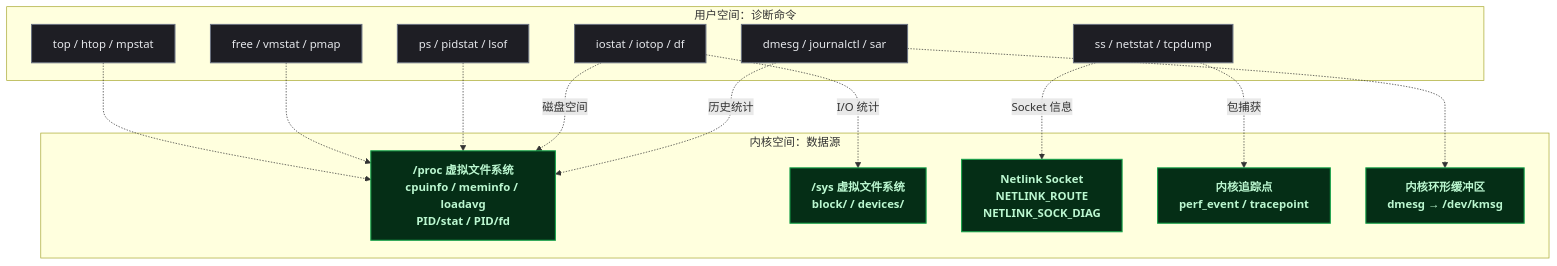
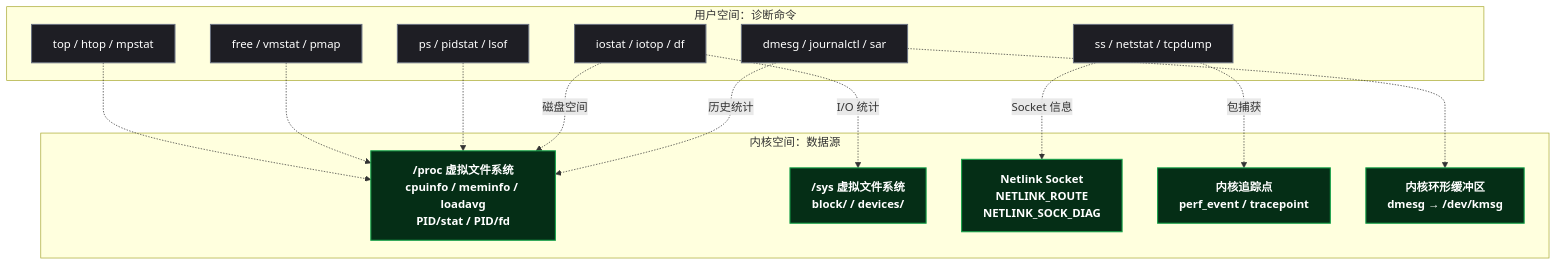
One commit to yaocat55/yaocat55.github.io changed the fourth of 4 diagrams in content/posts/linux/LinuxCommands100.md. Above: the diagram before and after it, drawn with Mermaid. The commit also changed other lines of this file and 27 other files, not shown here.

Commit message:
docs: 全系列 93 张 Mermaid 图 classDef 改为 style 强制深底白字(修复部分渲染器白底浅字)+历史文件格式清理

````diff
--- a/content/posts/linux/LinuxCommands100.md
+++ b/content/posts/linux/LinuxCommands100.md
@@ -1805,37 +1808,41 @@
 ```mermaid
 flowchart TD
-classDef startEnd fill:#701a4c,stroke:#e11d48,stroke-width:2px,color:#fce7f3,font-weight:bold;
-classDef data fill:#052e16,stroke:#16a34a,stroke-width:1.5px,color:#bbf7d0,font-weight:bold;
-classDef condition fill:#2a1147,stroke:#a855f7,stroke-width:1.5px,color:#ede9fe,font-weight:bold;
-classDef process fill:#1e1e24,stroke:#6b7280,stroke-width:1.5px,color:#e5e7eb;
 
     subgraph USERSPACE ["用户空间：诊断命令"]
         CMD_CPU["top / htop / mpstat"]
         CMD_MEM["free / vmstat / pmap"]
         CMD_IO["iostat / iotop / df"]
         CMD_NET["ss / netstat / tcpdump"]
         CMD_PROC["ps / pidstat / lsof"]
         CMD_LOG["dmesg / journalctl / sar"]
     end
 
     subgraph KERNEL ["内核空间：数据源"]
         PROC["/proc 虚拟文件系统\ncpuinfo / meminfo / loadavg\nPID/stat / PID/fd"]
         SYS["/sys 虚拟文件系统\nblock/ / devices/"]
         NETLINK["Netlink Socket\nNETLINK_ROUTE\nNETLINK_SOCK_DIAG"]
         TRACE["内核追踪点\nperf_event / tracepoint"]
         RING["内核环形缓冲区\ndmesg → /dev/kmsg"]
     end
 
     CMD_CPU -.-> PROC
     CMD_MEM -.-> PROC
     CMD_PROC -.-> PROC
     CMD_IO -.->|I/O 统计| SYS
     CMD_IO -.->|磁盘空间| PROC
     CMD_NET -.->|Socket 信息| NETLINK
     CMD_NET -.->|包捕获| TRACE
     CMD_LOG -.-> RING
     CMD_LOG -.->|历史统计| PROC
-
-    class CMD_CPU,CMD_MEM,CMD_IO,CMD_NET,CMD_PROC,CMD_LOG process;
-    class PROC,SYS,NETLINK,TRACE,RING data;
+    style CMD_CPU fill:#1e1e24,stroke:#6b7280,stroke-width:1.5px,color:#ffffff
+    style CMD_MEM fill:#1e1e24,stroke:#6b7280,stroke-width:1.5px,color:#ffffff
+    style CMD_IO fill:#1e1e24,stroke:#6b7280,stroke-width:1.5px,color:#ffffff
+    style CMD_NET fill:#1e1e24,stroke:#6b7280,stroke-width:1.5px,color:#ffffff
+    style CMD_PROC fill:#1e1e24,stroke:#6b7280,stroke-width:1.5px,color:#ffffff
+    style CMD_LOG fill:#1e1e24,stroke:#6b7280,stroke-width:1.5px,color:#ffffff
+    style PROC fill:#052e16,stroke:#16a34a,stroke-width:1.5px,color:#ffffff,font-weight:bold
+    style SYS fill:#052e16,stroke:#16a34a,stroke-width:1.5px,color:#ffffff,font-weight:bold
+    style NETLINK fill:#052e16,stroke:#16a34a,stroke-width:1.5px,color:#ffffff,font-weight:bold
+    style TRACE fill:#052e16,stroke:#16a34a,stroke-width:1.5px,color:#ffffff,font-weight:bold
+    style RING fill:#052e16,stroke:#16a34a,stroke-width:1.5px,color:#ffffff,font-weight:bold
 ```
````
